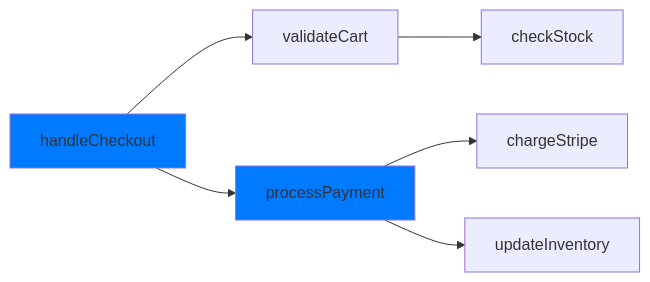
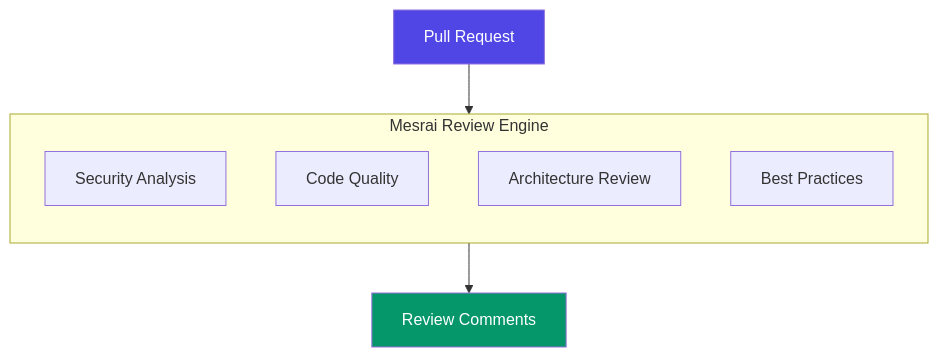
Before and after one commit to piyushrai02/mesraidoc: the second of 4 diagrams in pages/introduction/core-architecture.mdx, drawn with Mermaid. The commit also changed other lines of this file and 54 other files, not shown here.

````diff
--- a/pages/introduction/core-architecture.mdx
+++ b/pages/introduction/core-architecture.mdx
@@ -139,11 +41,16 @@
 ```mermaid
-graph LR
-    A[handleCheckout] --> B[validateCart]
-    A --> C[processPayment]
-    C --> D[chargeStripe]
-    C --> E[updateInventory]
-    B --> F[checkStock]
-    
-    style A fill:#007AFF
-    style C fill:#007AFF
+flowchart TB
+    subgraph review[Mesrai Review Engine]
+        direction TB
+        A[Security Analysis]
+        B[Code Quality]
+        C[Architecture Review]
+        D[Best Practices]
+    end
+
+    PR[Pull Request] --> review
+    review --> Results[Review Comments]
+
+    style PR fill:#4F46E5,color:#fff
+    style Results fill:#059669,color:#fff
 ```
````
